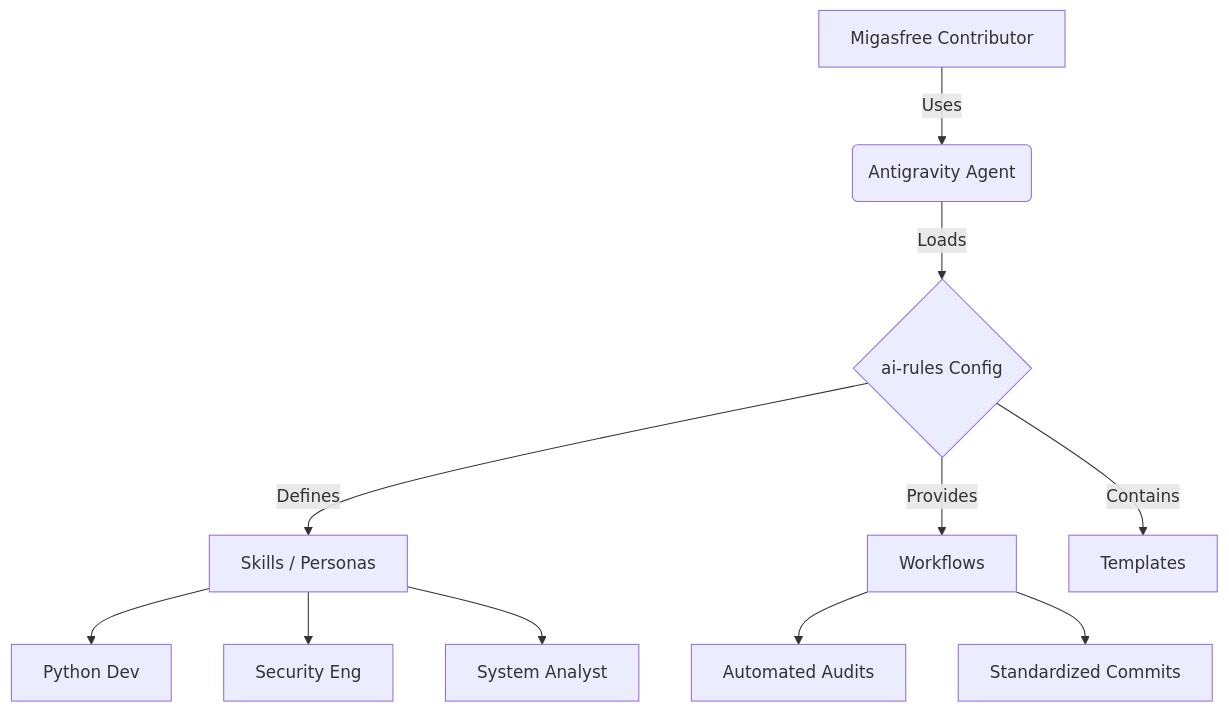
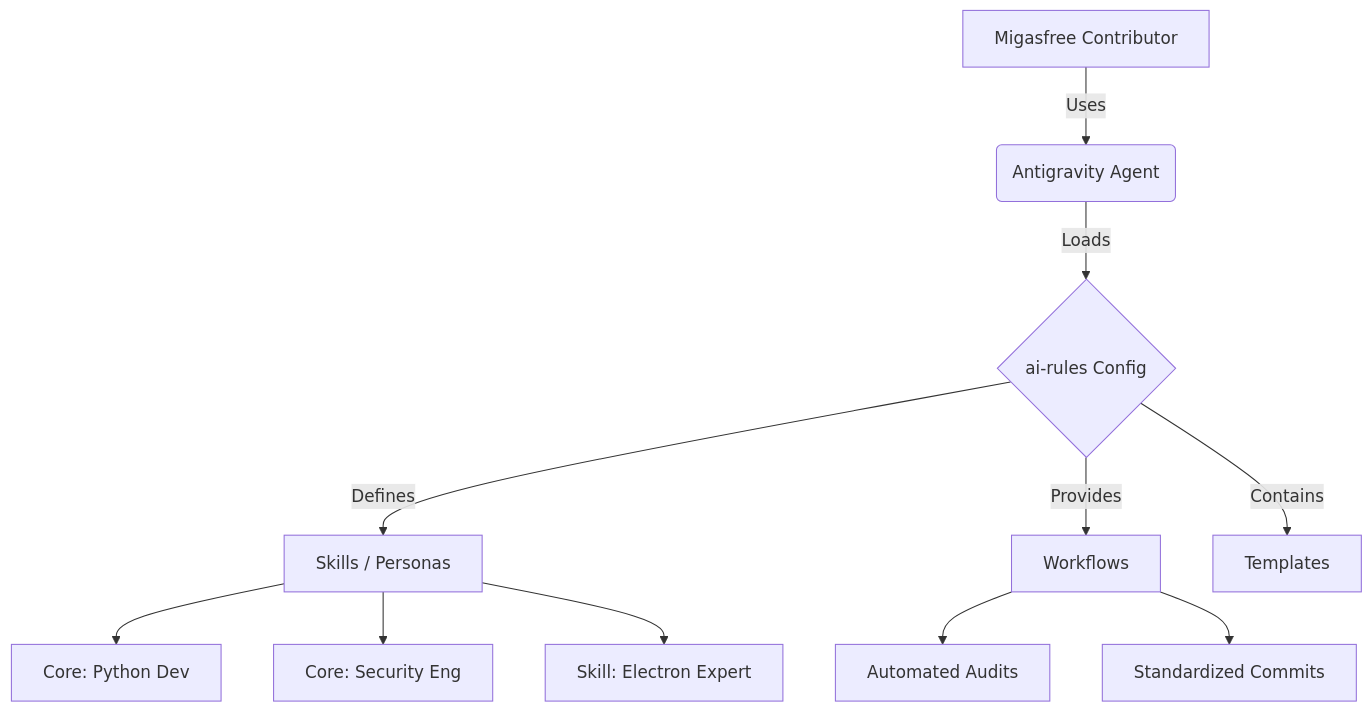
One commit to migasfree/ai-rules changed the diagram in README.md. Above: the diagram before and after it, drawn with Mermaid. The commit also changed other lines of this file and 6 other files, not shown here.

````diff
--- a/README.md
+++ b/README.md
@@ -104,15 +119,15 @@
 ```mermaid
 graph TD
     A[Migasfree Contributor] -->|Uses| B(Antigravity Agent)
     B -->|Loads| C{ai-rules Config}
     C -->|Defines| D[Skills / Personas]
     C -->|Provides| E[Workflows]
     C -->|Contains| F[Templates]
     
-    D --> G[Python Dev]
-    D --> H[Security Eng]
-    D --> I[System Analyst]
+    D --> G[Core: Python Dev]
+    D --> H[Core: Security Eng]
+    D --> I[Skill: Electron Expert]
     
     E --> J[Automated Audits]
     E --> K[Standardized Commits]
 ```
````
